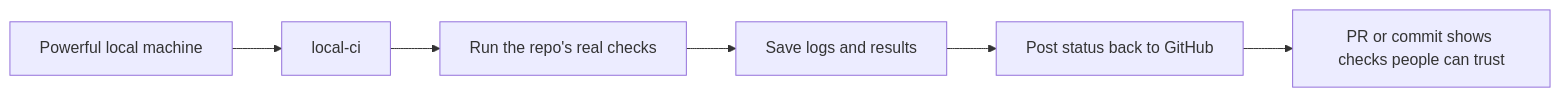
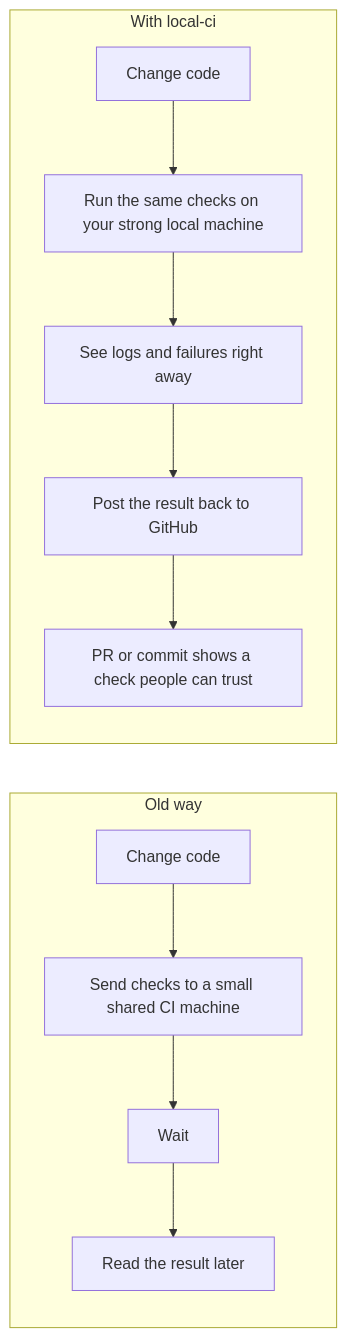
The diagram in README.md (DiversioTeam/local-ci-runner), drawn with Mermaid before and after one commit.

Commit message:
Improve README overview diagram

````diff
--- a/README.md
+++ b/README.md
@@ -26,8 +26,15 @@
 ```mermaid
 flowchart LR
-    A[Powerful local machine] --> B[local-ci]
-    B --> C[Run the repo's real checks]
-    C --> D[Save logs and results]
-    D --> E[Post status back to GitHub]
-    E --> F[PR or commit shows checks people can trust]
+    subgraph OLD[Old way]
+        A[Change code] --> B[Send checks to a small shared CI machine]
+        B --> C[Wait]
+        C --> D[Read the result later]
+    end
+
+    subgraph NEW[With local-ci]
+        E[Change code] --> F[Run the same checks on your strong local machine]
+        F --> G[See logs and failures right away]
+        G --> H[Post the result back to GitHub]
+        H --> I[PR or commit shows a check people can trust]
+    end
 ```
````
